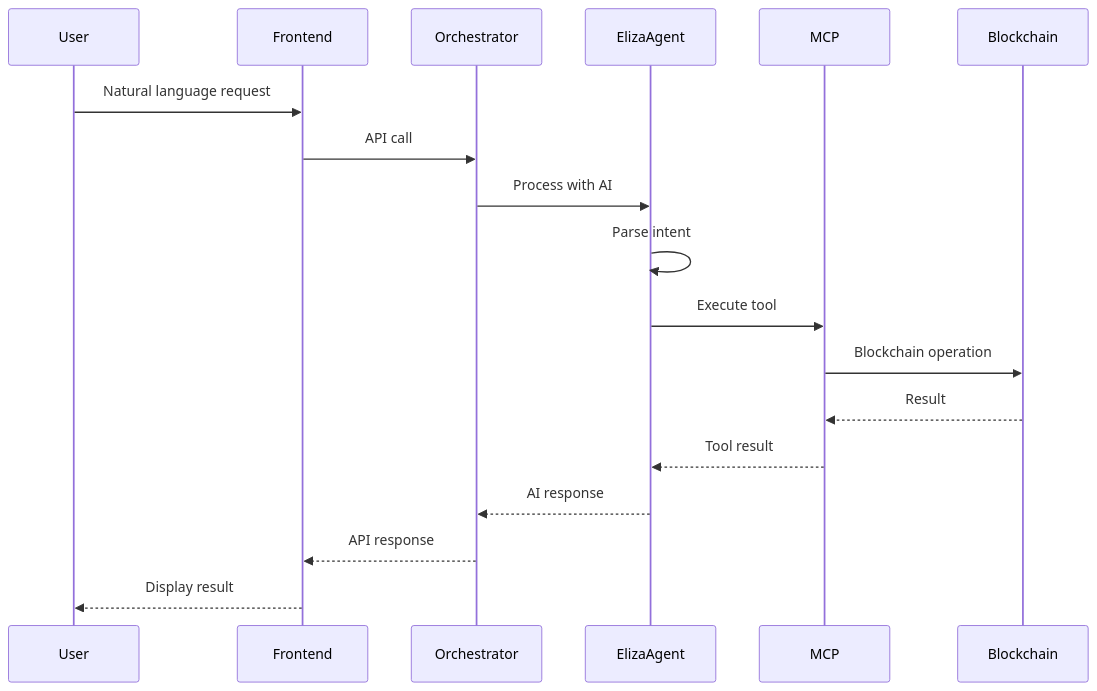
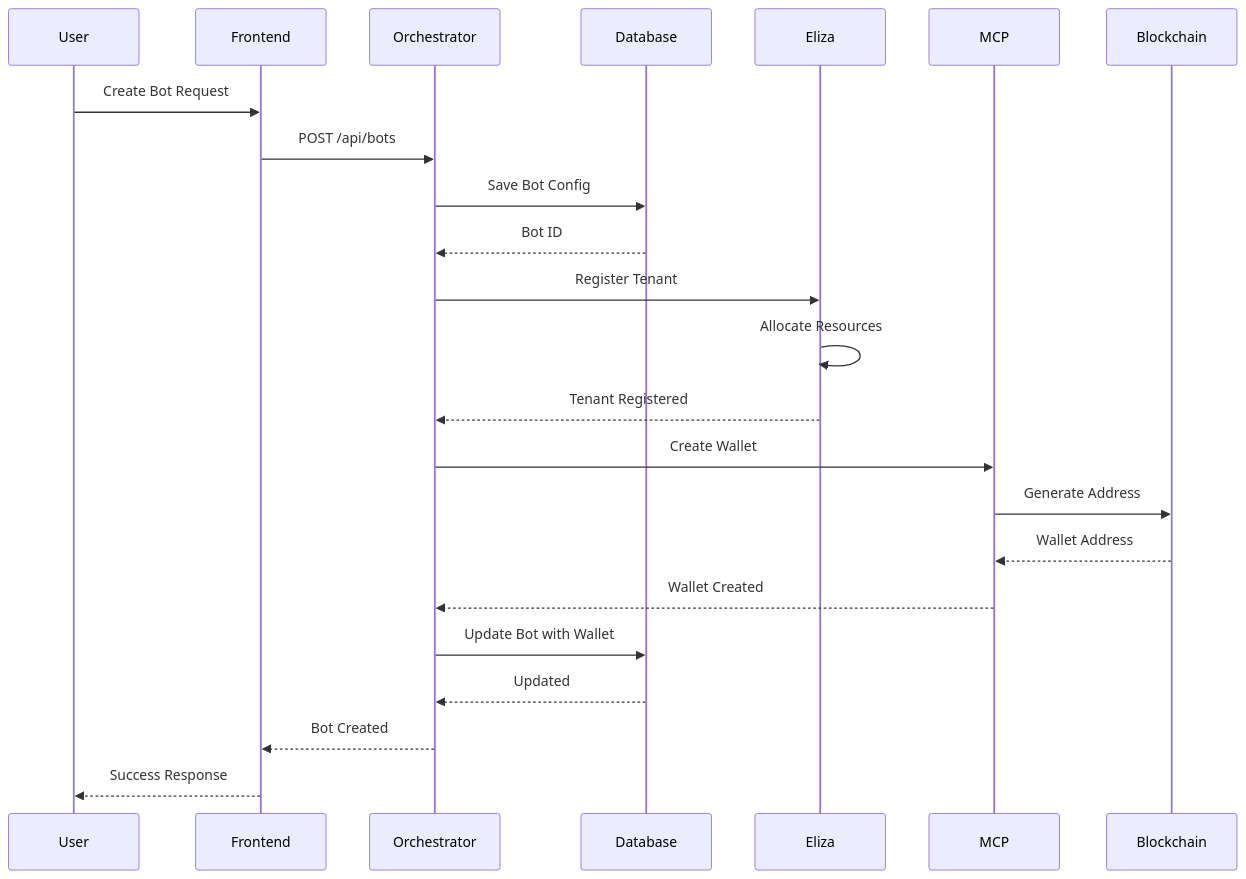
One commit to Midnight-OS/MidnightOS changed the sixth of 11 diagrams in docs/architecture.md. Above: the diagram before and after it, drawn with Mermaid. The commit also changed other lines of this file and 11 other files, not shown here.

````diff
--- a/docs/architecture.md
+++ b/docs/architecture.md
@@ -237,21 +303,31 @@
 ```mermaid
 sequenceDiagram
     participant User
     participant Frontend
     participant Orchestrator
-    participant ElizaAgent
+    participant Database
+    participant Eliza
     participant MCP
     participant Blockchain
     
-    User->>Frontend: Natural language request
-    Frontend->>Orchestrator: API call
-    Orchestrator->>ElizaAgent: Process with AI
-    ElizaAgent->>ElizaAgent: Parse intent
-    ElizaAgent->>MCP: Execute tool
-    MCP->>Blockchain: Blockchain operation
-    Blockchain-->>MCP: Result
-    MCP-->>ElizaAgent: Tool result
-    ElizaAgent-->>Orchestrator: AI response
-    Orchestrator-->>Frontend: API response
-    Frontend-->>User: Display result
+    User->>Frontend: Create Bot Request
+    Frontend->>Orchestrator: POST /api/bots
+    
+    Orchestrator->>Database: Save Bot Config
+    Database-->>Orchestrator: Bot ID
+    
+    Orchestrator->>Eliza: Register Tenant
+    Eliza->>Eliza: Allocate Resources
+    Eliza-->>Orchestrator: Tenant Registered
+    
+    Orchestrator->>MCP: Create Wallet
+    MCP->>Blockchain: Generate Address
+    Blockchain-->>MCP: Wallet Address
+    MCP-->>Orchestrator: Wallet Created
+    
+    Orchestrator->>Database: Update Bot with Wallet
+    Database-->>Orchestrator: Updated
+    
+    Orchestrator-->>Frontend: Bot Created
+    Frontend-->>User: Success Response
 ```
````
